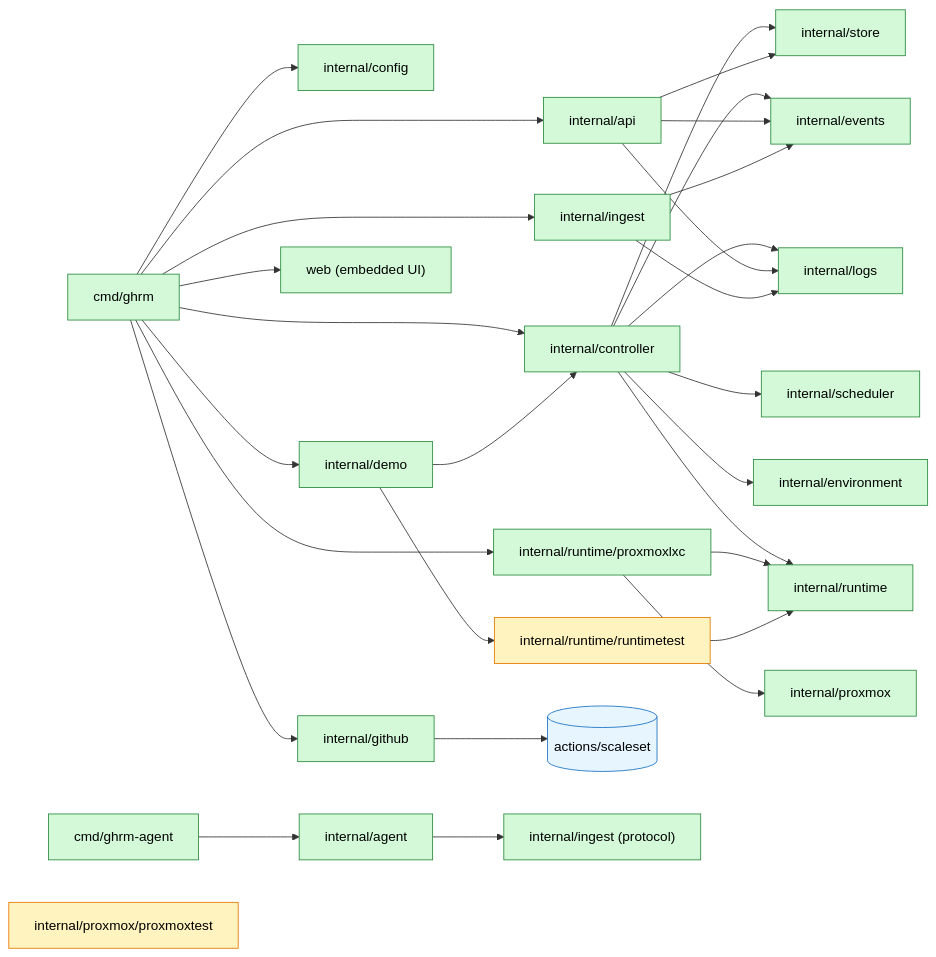
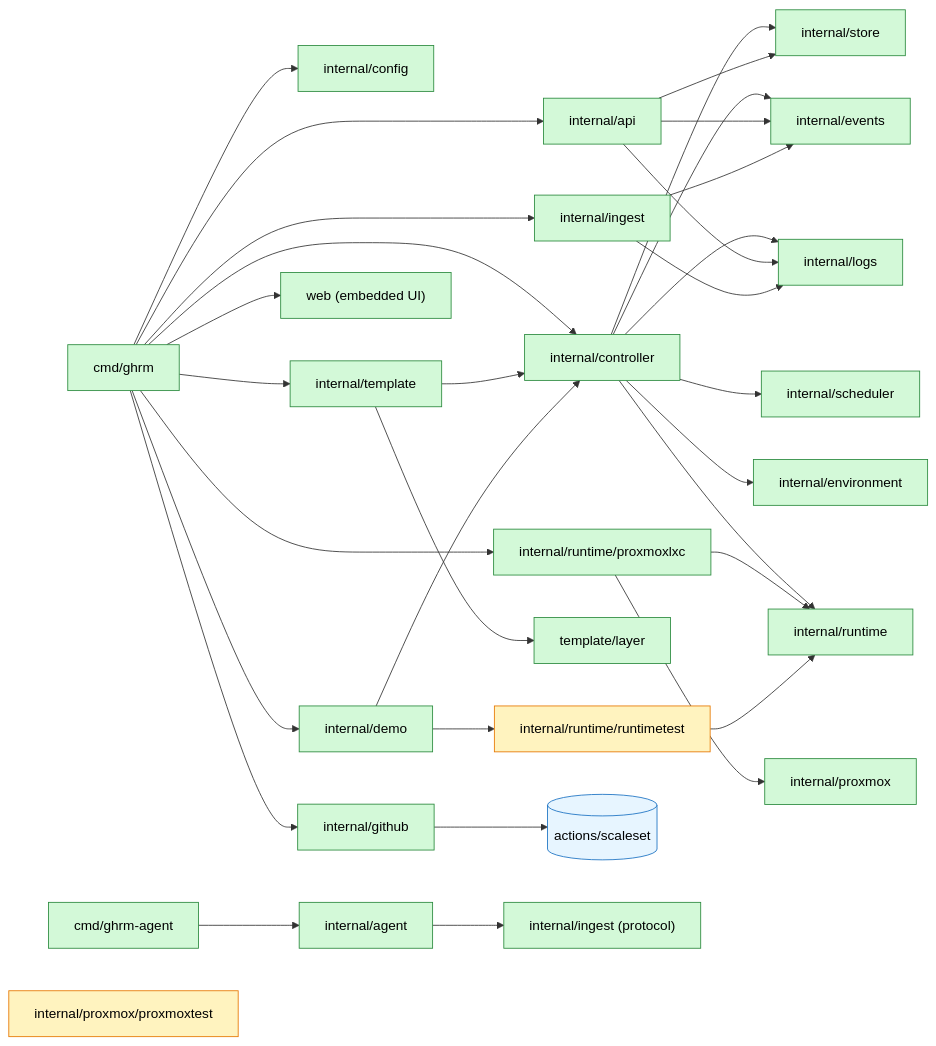
One commit to cocardoso/gh-runners-manager changed the eighth of 10 diagrams in docs/architecture.md. Above: the diagram before and after it, drawn with Mermaid. The commit also changed other lines of this file and 2 other files, not shown here.

Commit message:
docs: template pipeline, version states, permissions and build notes

````diff
--- a/docs/architecture.md
+++ b/docs/architecture.md
@@ -292,38 +302,41 @@
 ```mermaid
 flowchart LR
     ghrm["cmd/ghrm"] --> config["internal/config"]
     ghrm --> api["internal/api"]
     ghrm --> controller["internal/controller"]
     ghrm --> ingest["internal/ingest"]
     ghrm --> github["internal/github"]
     ghrm --> proxmoxlxc["internal/runtime/proxmoxlxc"]
     ghrm --> demo["internal/demo"]
+    ghrm --> template["internal/template"]
+    template --> controller
+    template --> layer["template/layer"]
     ghrm --> webui["web (embedded UI)"]
     demo --> controller
     demo --> runtimetest
     controller --> scheduler["internal/scheduler"]
     controller --> environment["internal/environment"]
     controller --> runtime["internal/runtime"]
     controller --> store["internal/store"]
     controller --> events["internal/events"]
     controller --> logs["internal/logs"]
     api --> store
     api --> events
     api --> logs
     ingest --> logs
     ingest --> events
     github --> scaleset[("actions/scaleset")]
     proxmoxlxc --> runtime
     proxmoxlxc --> proxmox["internal/proxmox"]
     agentcmd["cmd/ghrm-agent"] --> agent["internal/agent"]
     agent --> ingestproto["internal/ingest (protocol)"]
     runtimetest["internal/runtime/runtimetest"] --> runtime
     proxmoxtest["internal/proxmox/proxmoxtest"]
 
     classDef done fill:#d3f9d8,stroke:#2b8a3e,color:#000
     classDef testonly fill:#fff3bf,stroke:#e67700,color:#000
     classDef ext fill:#e7f5ff,stroke:#1971c2,color:#000
-    class ghrm,config,api,controller,ingest,github,proxmoxlxc,scheduler,environment,runtime,store,events,logs,proxmox,agentcmd,agent,ingestproto,demo,webui done
+    class ghrm,config,api,controller,ingest,github,proxmoxlxc,scheduler,environment,runtime,store,events,logs,proxmox,agentcmd,agent,ingestproto,demo,webui,template,layer done
     class runtimetest,proxmoxtest testonly
     class scaleset ext
 ```
````
